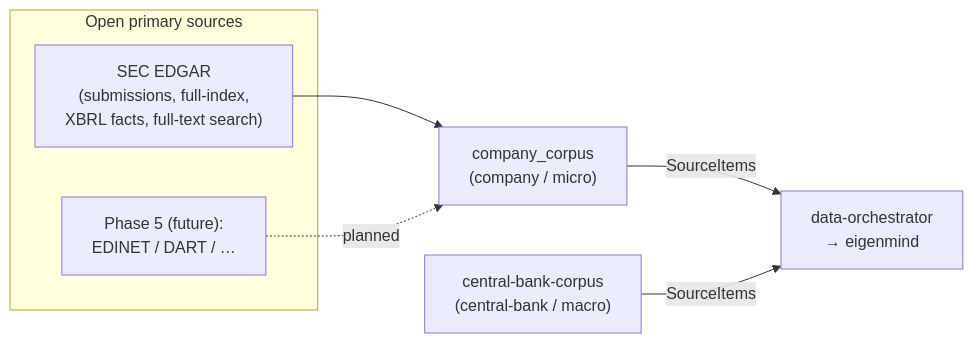
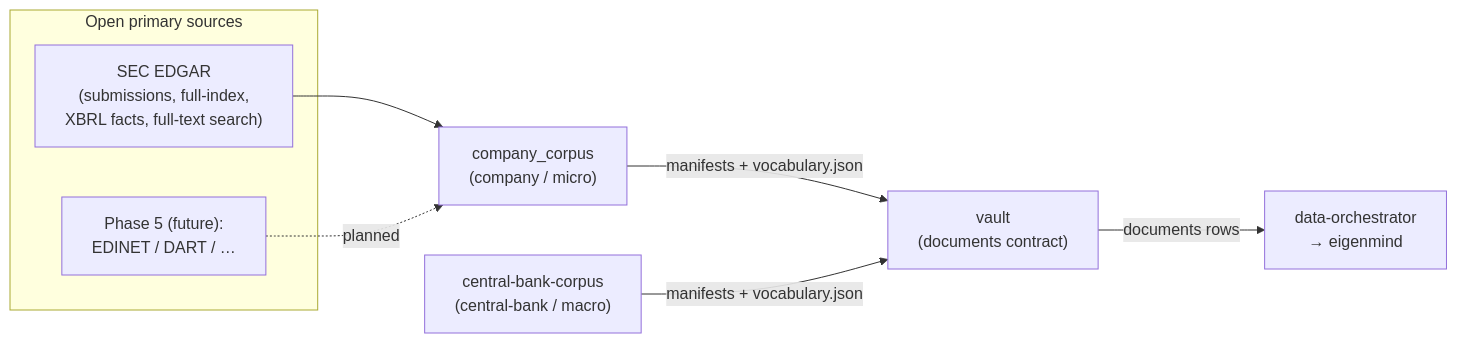
The first of 7 diagrams in docs/ARCHITECTURE.md (MyOpenFund/company-corpus), drawn with Mermaid before and after one commit. The commit also changed 2 other files, not shown here.

Commit message:
render-pdf says F1 is no longer rendered; ARCHITECTURE diagram goes through the vault

````diff
--- a/docs/ARCHITECTURE.md
+++ b/docs/ARCHITECTURE.md
@@ -23,15 +23,17 @@
 ```mermaid
 flowchart LR
     subgraph sources["Open primary sources"]
         EDGAR["SEC EDGAR<br/>(submissions, full-index,<br/>XBRL facts, full-text search)"]
         FUT["Phase 5 (future):<br/>EDINET / DART / …"]
     end
     BUC["company_corpus<br/>(company / micro)"]
     CBC["central-bank-corpus<br/>(central-bank / macro)"]
+    VAULT["vault<br/>(documents contract)"]
     RAG["data-orchestrator<br/>→ eigenmind"]
 
     EDGAR --> BUC
     FUT -.planned.-> BUC
-    BUC -->|SourceItems| RAG
-    CBC -->|SourceItems| RAG
+    BUC -->|"manifests + vocabulary.json"| VAULT
+    CBC -->|"manifests + vocabulary.json"| VAULT
+    VAULT -->|documents rows| RAG
 ```
````
